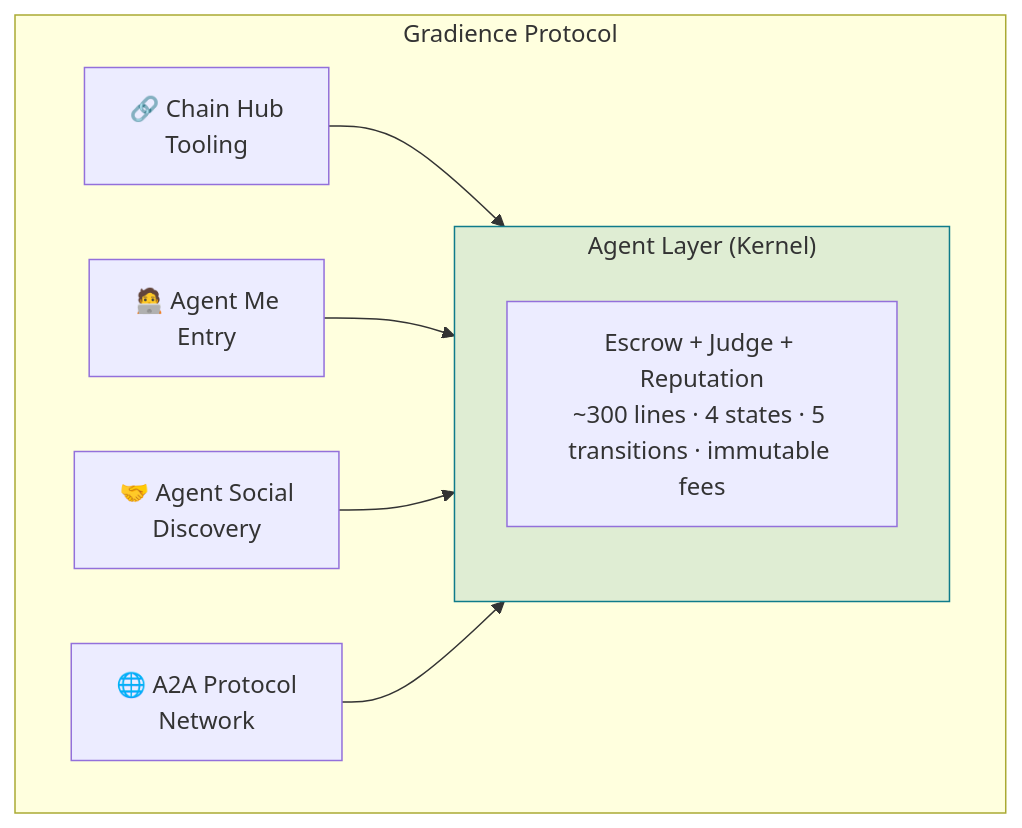
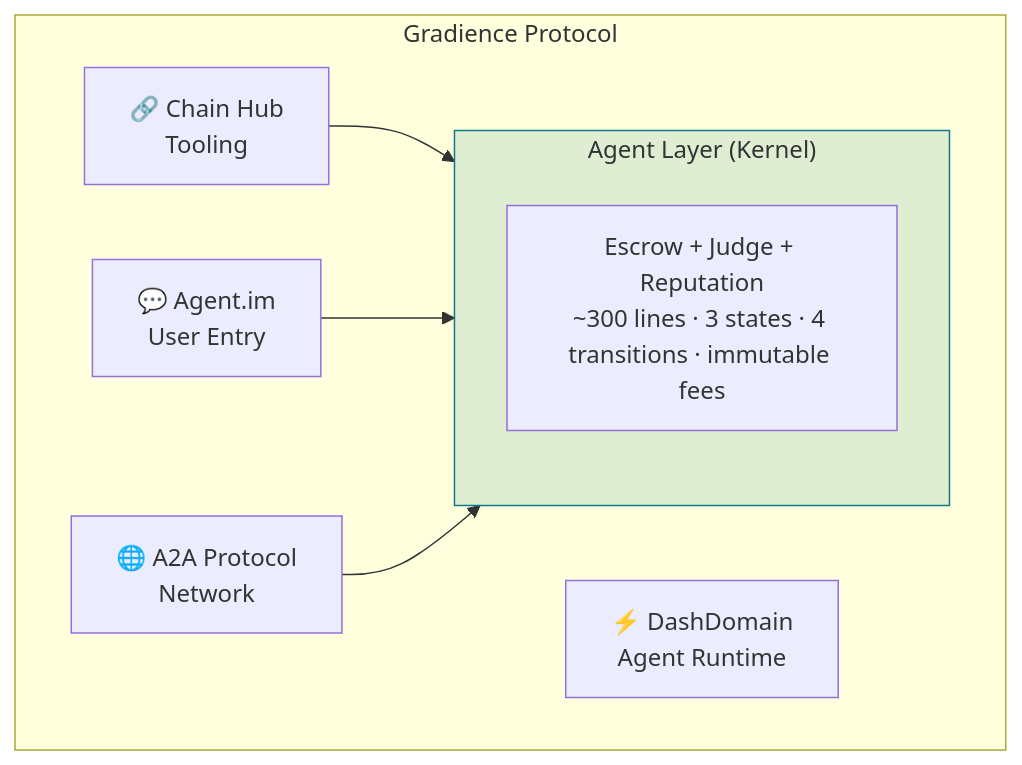
Before and after one commit to DaviRain-Su/gradience: the second of 9 diagrams in README.md, drawn with Mermaid. The commit also changed other lines of this file, not shown here.

First line of the commit message:
docs: update README architecture — merge Agent Me + Social into Agent.im

````diff
--- a/README.md
+++ b/README.md
@@ -75,20 +78,19 @@
 ```mermaid
 flowchart TB
     subgraph Protocol["Gradience Protocol"]
         subgraph Kernel["Agent Layer (Kernel)"]
-            K["Escrow + Judge + Reputation<br/>~300 lines · 4 states · 5 transitions · immutable fees"]
+            K["Escrow + Judge + Reputation<br/>~300 lines · 3 states · 4 transitions · immutable fees"]
         end
         
         CH["🔗 Chain Hub<br/>Tooling"]
-        AM["🧑‍💻 Agent Me<br/>Entry"]
-        AS["🤝 Agent Social<br/>Discovery"]
+        AIM["💬 Agent.im<br/>User Entry"]
+        DD["⚡ DashDomain<br/>Agent Runtime"]
         A2A["🌐 A2A Protocol<br/>Network"]
         
         CH --> Kernel
-        AM --> Kernel
-        AS --> Kernel
+        AIM --> Kernel
         A2A --> Kernel
     end
     
     style Kernel fill:#0f7b8a22,stroke:#0f7b8a
 ```
````
